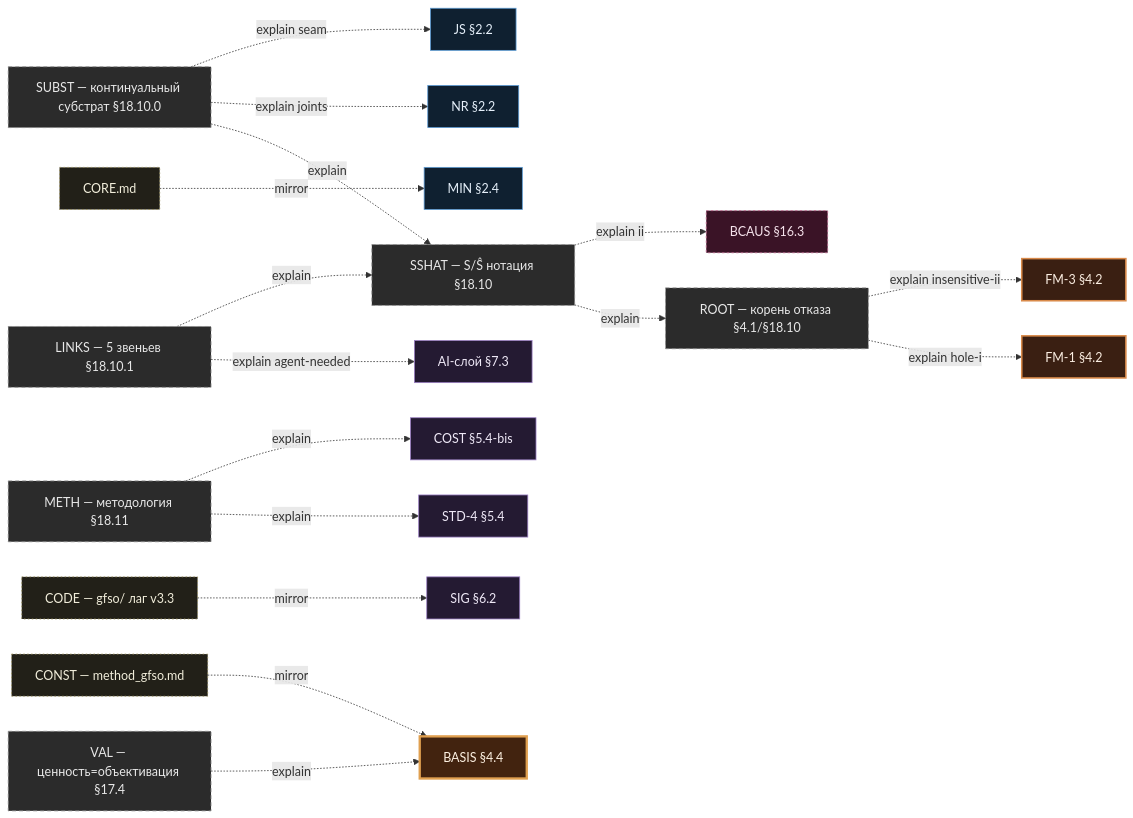
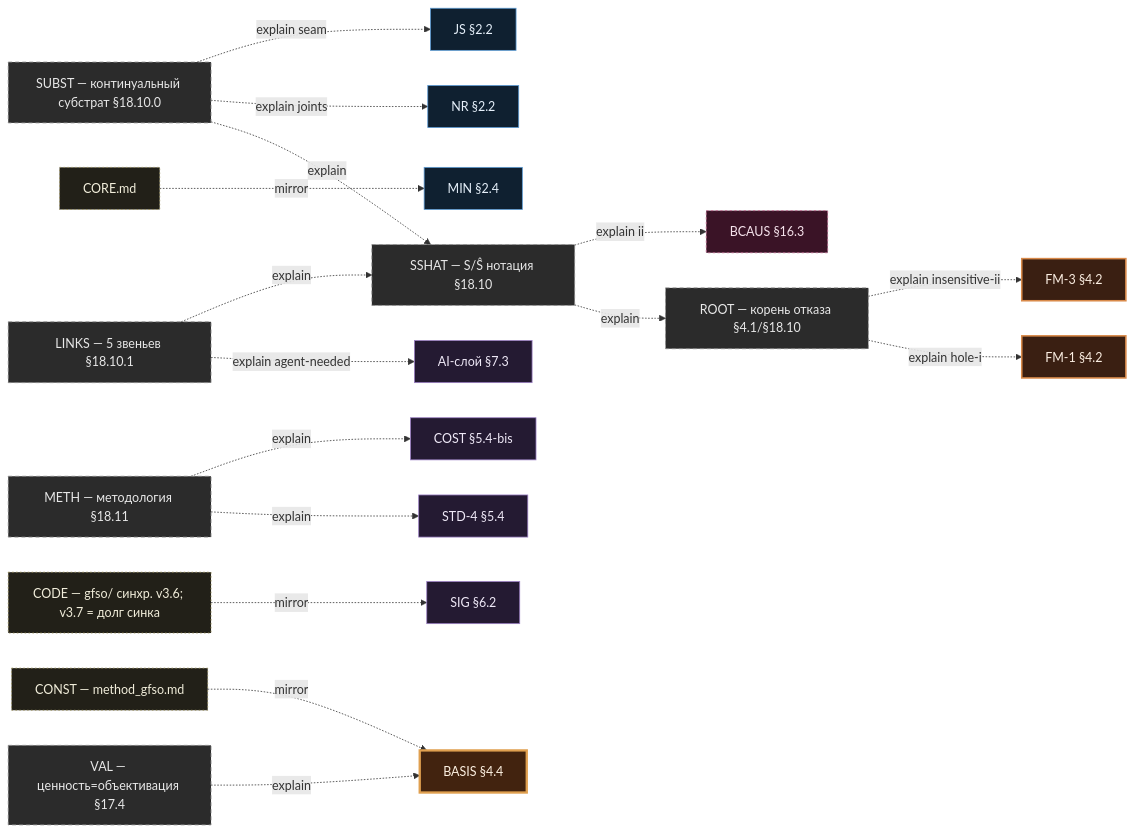
The fourth of 5 diagrams in docs/gfso_dependency_map.md (Kirill-Shokhin/GFSO), drawn with Mermaid before and after one commit. The commit also changed other lines of this file and 9 other files, not shown here.

````diff
--- a/docs/gfso_dependency_map.md
+++ b/docs/gfso_dependency_map.md
@@ -393,58 +393,58 @@
 ```mermaid
 %%{init: {'flowchart': {'nodeSpacing': 45, 'rankSpacing': 55}}}%%
 flowchart LR
   classDef prim fill:#143226,stroke:#5fbf8f,color:#e9f7ef,stroke-width:2px;
   classDef derived fill:#0f2030,stroke:#5b9bd5,color:#e6f0fa;
   classDef fm fill:#3a1f12,stroke:#d98a4a,color:#fbeee2,stroke-width:2px;
   classDef basis fill:#42230f,stroke:#e0a050,color:#fdf1e2,stroke-width:3px;
   classDef guard fill:#241a32,stroke:#9b7fc4,color:#efe9f7;
   classDef overlay fill:#2b2b2b,stroke:#8a8a8a,color:#e8e8e8,stroke-dasharray:5 4;
   classDef bound fill:#3a1326,stroke:#c46a93,color:#f6e3ec,stroke-dasharray:3 3;
   classDef mirror fill:#222018,stroke:#9a8f5a,color:#f1edda,stroke-dasharray:2 3;
 
   %% теормодель overlay
   SSHAT["SSHAT — S/Ŝ нотация §18.10"]
   SUBST["SUBST — континуальный субстрат §18.10.0"]
   LINKS["LINKS — 5 звеньев §18.10.1"]
   METH["METH — методология §18.11"]
   VAL["VAL — ценность=объективация §17.4"]
   ROOT["ROOT — корень отказа §4.1/§18.10"]
   class SSHAT,SUBST,LINKS,METH,VAL,ROOT overlay
 
   %% зеркала
   CONST["CONST — method_gfso.md"]
   CORE["CORE.md"]
-  CODE["CODE — gfso/ лаг v3.3"]
+  CODE["CODE — gfso/ синхр. v3.6; v3.7 = долг синка"]
   class CONST,CORE,CODE mirror
 
   %% light-якоря
   NR["NR §2.2"]; JS["JS §2.2"]; MIN["MIN §2.4"]
   class NR,JS,MIN derived
   FM1["FM-1 §4.2"]; FM3["FM-3 §4.2"]
   class FM1,FM3 fm
   STD4["STD-4 §5.4"]; COST["COST §5.4-bis"]; SIG["SIG §6.2"]; AI["AI-слой §7.3"]
   class STD4,COST,SIG,AI guard
   BASIS["BASIS §4.4"]
   class BASIS basis
   BCAUS["BCAUS §16.3"]
   class BCAUS bound
 
   %% теормодель = explain (пунктир), не выводит аппарат
   ROOT -.->|explain hole-i| FM1
   ROOT -.->|explain insensitive-ii| FM3
   SSHAT -.->|explain| ROOT
   SUBST -.->|explain| SSHAT
   SUBST -.->|explain joints| NR
   SUBST -.->|explain seam| JS
   LINKS -.->|explain agent-needed| AI
   LINKS -.->|explain| SSHAT
   METH -.->|explain| STD4
   METH -.->|explain| COST
   VAL -.->|explain| BASIS
   SSHAT -.->|explain ii| BCAUS
 
   %% зеркала = проекции канона
   CONST -.->|mirror| BASIS
   CORE -.->|mirror| MIN
   CODE -.->|mirror| SIG
 ```
````
